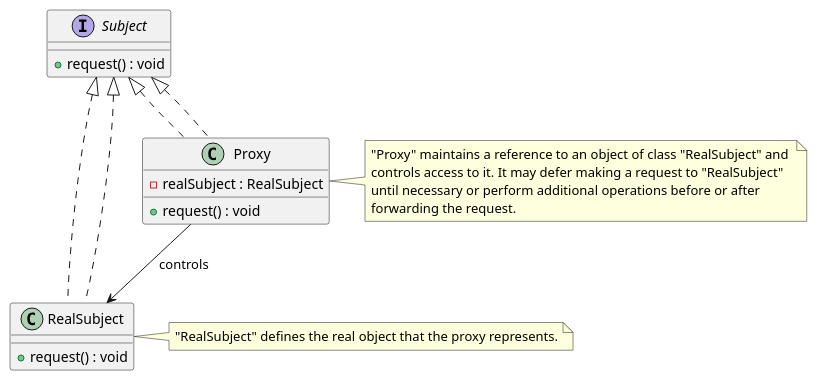
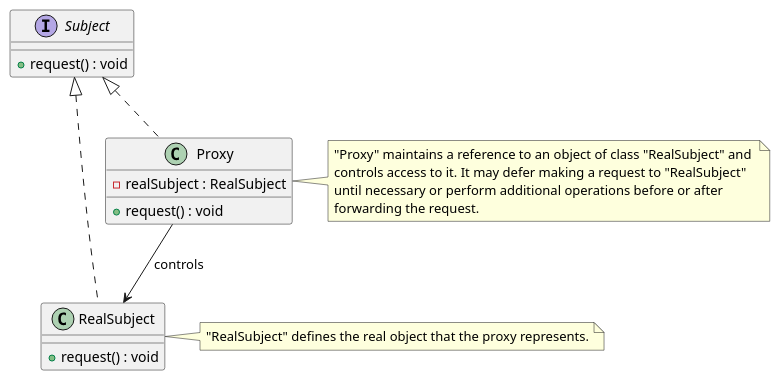
One commit to Gabriel-SoftwareAG/DesignPatterns changed the diagram in Patterns/Manuscript/manuscript/plantUml/proxy_class_diagram.plantuml. Above: the diagram before and after it, drawn with PlantUML. The commit also changed 24 other files, not shown here.

Commit message:
fix class diagrams

```diff
--- a/Patterns/Manuscript/manuscript/plantUml/proxy_class_diagram.plantuml
+++ b/Patterns/Manuscript/manuscript/plantUml/proxy_class_diagram.plantuml
@@ -1,35 +1,33 @@
 @startuml ProxyPatternClassDiagram
 
 ' Define the Subject interface
 interface Subject {
   +request() : void
 }
 
 ' Define the RealSubject class
 class RealSubject implements Subject {
   +request() : void
 }
 
 ' Define the Proxy class
 class Proxy implements Subject {
   -realSubject : RealSubject
   +request() : void
 }
 
 ' Relations
-Subject <|.. RealSubject
-Subject <|.. Proxy
 Proxy --> RealSubject : controls
 
 note right of RealSubject
   "RealSubject" defines the real object that the proxy represents.
 end note
 
 note right of Proxy
   "Proxy" maintains a reference to an object of class "RealSubject" and 
   controls access to it. It may defer making a request to "RealSubject" 
   until necessary or perform additional operations before or after 
   forwarding the request.
 end note
 
 @enduml
```
